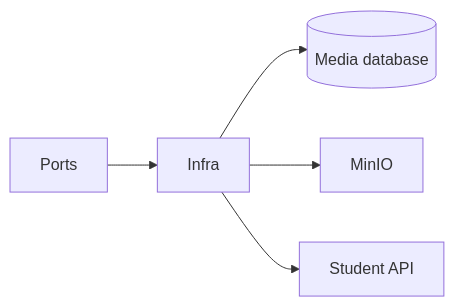
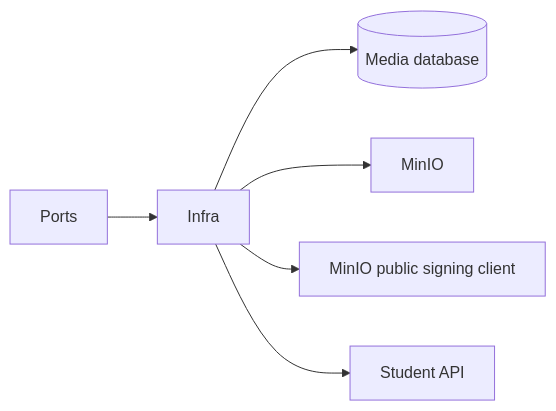
One commit to Minhduc7904/MiniProjectTrainingKaopiz changed the diagram in ducnm3/docs/architecture/backend/media-service/details/infrastructure.md. Above: the diagram before and after it, drawn with Mermaid. The commit also changed other lines of this file and 289 other files, not shown here.

````diff
--- a/ducnm3/docs/architecture/backend/media-service/details/infrastructure.md
+++ b/ducnm3/docs/architecture/backend/media-service/details/infrastructure.md
@@ -10,7 +10,8 @@
 ```mermaid
 flowchart LR
   Ports --> Infra
   Infra --> DB[(Media database)]
   Infra --> MinIO
+  Infra --> Signing[MinIO public signing client]
   Infra --> Student[Student API]
 ```
````
